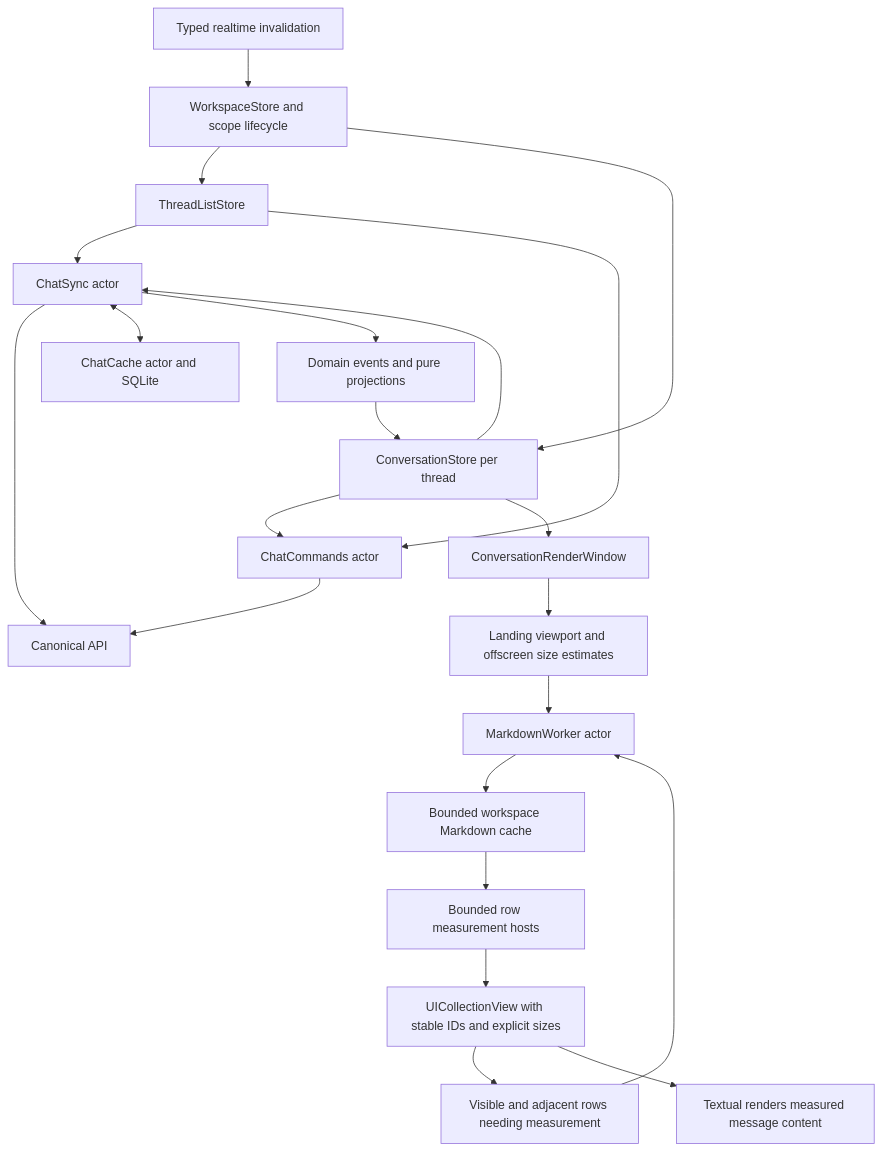
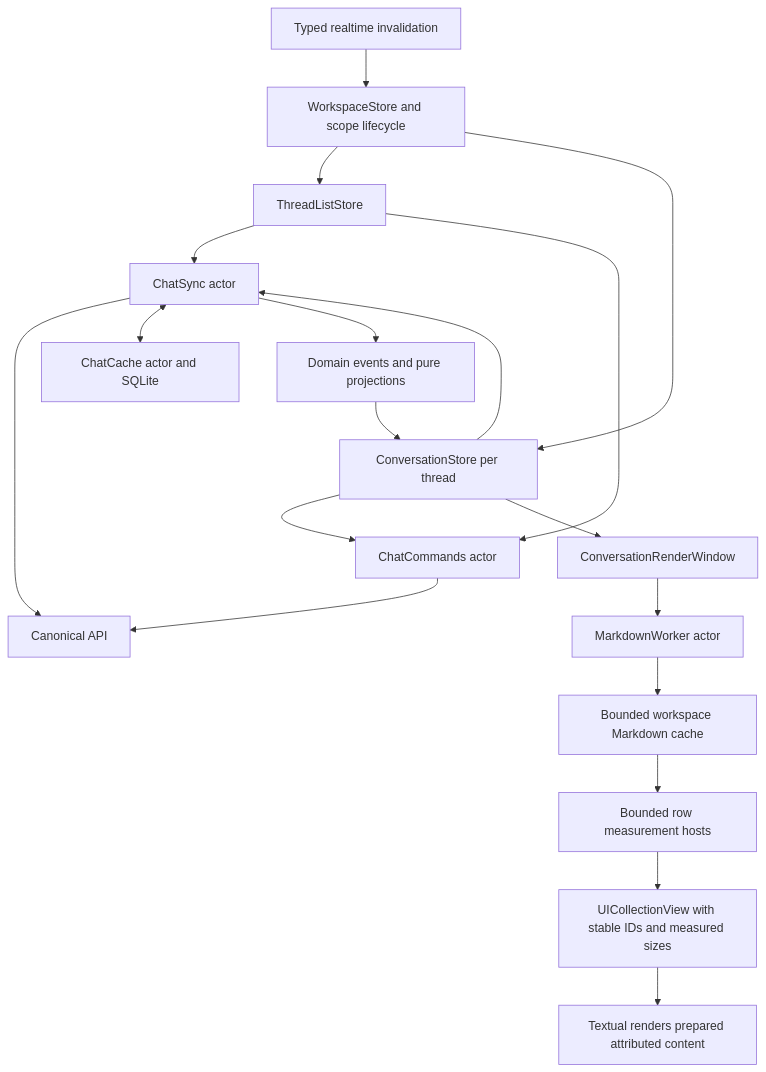
One commit to okou-ai/okou changed the diagram in ios/CHAT_UI_ARCHITECTURE.md. Above: the diagram before and after it, drawn with Mermaid. The commit also changed other lines of this file and 2 other files, not shown here.

Commit message:
fix(ios): restore measured history and retire sent editors immediately

````diff
--- a/ios/CHAT_UI_ARCHITECTURE.md
+++ b/ios/CHAT_UI_ARCHITECTURE.md
@@ -23,24 +23,21 @@
 ```mermaid
 flowchart TD
   Realtime[Typed realtime invalidation] --> Workspace[WorkspaceStore and scope lifecycle]
   Workspace --> Navigation[ThreadListStore]
   Workspace --> Conversation[ConversationStore per thread]
   Navigation --> Sync[ChatSync actor]
   Conversation --> Sync
   Navigation --> Commands[ChatCommands actor]
   Conversation --> Commands
   Commands --> API[Canonical API]
   Sync --> API
   Sync <--> Cache[ChatCache actor and SQLite]
   Sync --> Projection[Domain events and pure projections]
   Projection --> Conversation
   Conversation --> Window[ConversationRenderWindow]
-  Window --> Landing[Landing viewport and offscreen size estimates]
-  Landing --> Prepare[MarkdownWorker actor]
+  Window --> Prepare[MarkdownWorker actor]
   Prepare --> Presentation[Bounded workspace Markdown cache]
   Presentation --> Measure[Bounded row measurement hosts]
-  Measure --> List[UICollectionView with stable IDs and explicit sizes]
-  List --> Nearby[Visible and adjacent rows needing measurement]
-  Nearby --> Prepare
-  List --> Body[Textual renders measured message content]
+  Measure --> List[UICollectionView with stable IDs and measured sizes]
+  List --> Body[Textual renders prepared attributed content]
 ```
````
